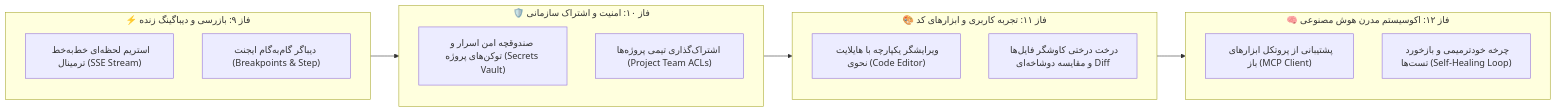
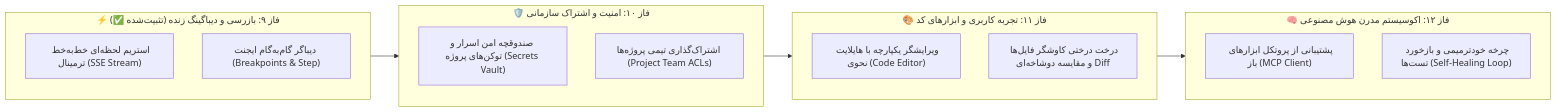
The fourth of 4 diagrams in ROADMAP_DUAL_PLANE.fa.md (RedBoy-011/OmniOps), drawn with Mermaid before and after one commit. The commit also changed other lines of this file and 11 other files, not shown here.

````diff
--- a/ROADMAP_DUAL_PLANE.fa.md
+++ b/ROADMAP_DUAL_PLANE.fa.md
@@ -225,24 +231,24 @@
 ```mermaid
 flowchart LR
-    subgraph P9 ["⚡ فاز ۹: بازرسی و دیباگینگ زنده"]
+    subgraph P9 ["⚡ فاز ۹: بازرسی و دیباگینگ زنده (تثبیت‌شده ✅)"]
         P9_1["استریم لحظه‌ای خط‌به‌خط ترمینال (SSE Stream)"]
         P9_2["دیباگر گام‌به‌گام ایجنت (Breakpoints & Step)"]
     end
 
     subgraph P10 ["🛡️ فاز ۱۰: امنیت و اشتراک سازمانی"]
         P10_1["صندوقچه امن اسرار و توکن‌های پروژه (Secrets Vault)"]
         P10_2["اشتراک‌گذاری تیمی پروژه‌ها (Project Team ACLs)"]
     end
 
     subgraph P11 ["🎨 فاز ۱۱: تجربه کاربری و ابزارهای کد"]
         P11_1["ویرایشگر یکپارچه با هایلایت نحوی (Code Editor)"]
         P11_2["درخت درختی کاوشگر فایل‌ها و مقایسه دوشاخه‌ای Diff"]
     end
 
     subgraph P12 ["🧠 فاز ۱۲: اکوسیستم مدرن هوش مصنوعی"]
         P12_1["پشتیبانی از پروتکل ابزارهای باز (MCP Client)"]
         P12_2["چرخه خودترمیمی و بازخورد تست‌ها (Self-Healing Loop)"]
     end
 
     P9 --> P10 --> P11 --> P12
 ```
````
